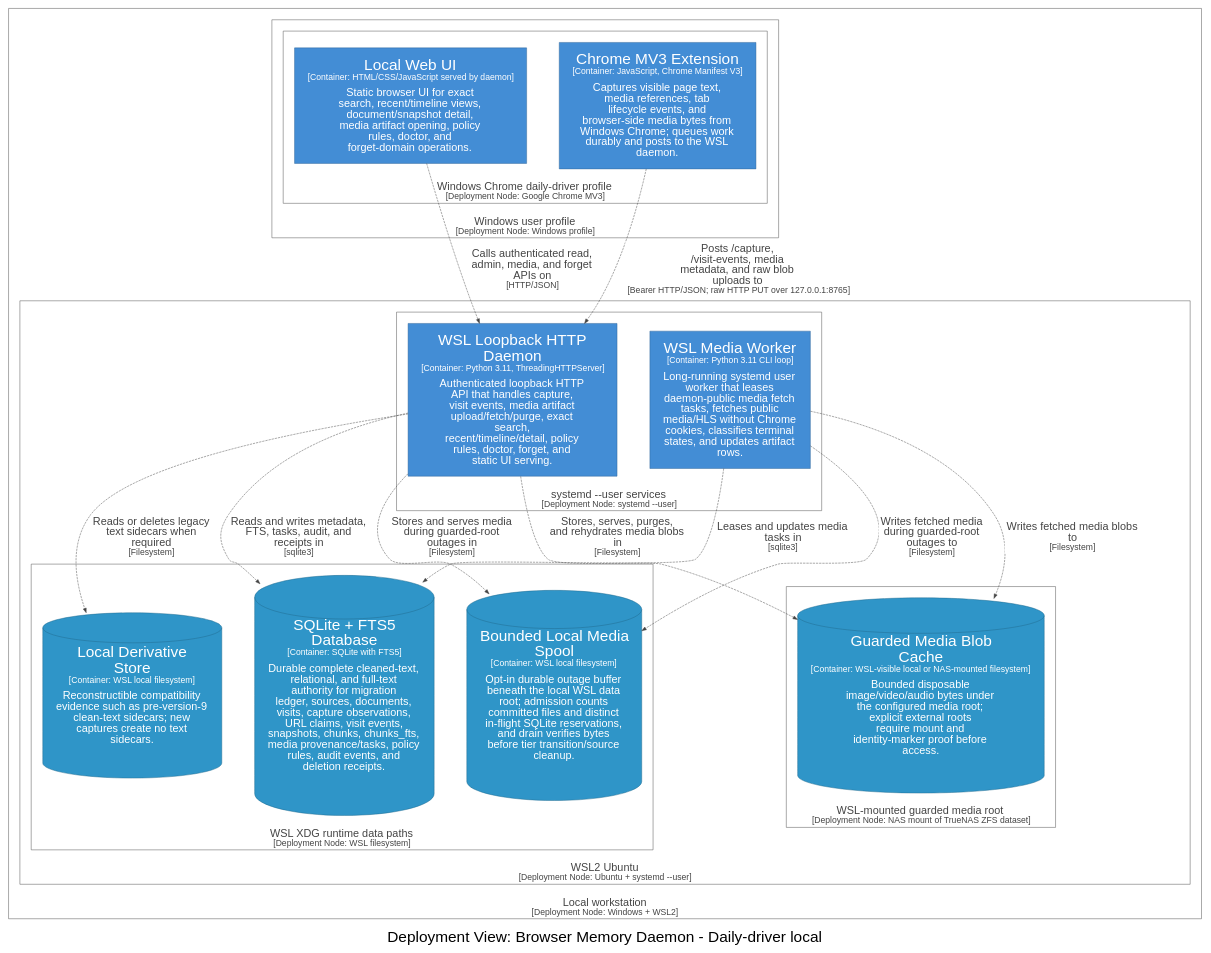
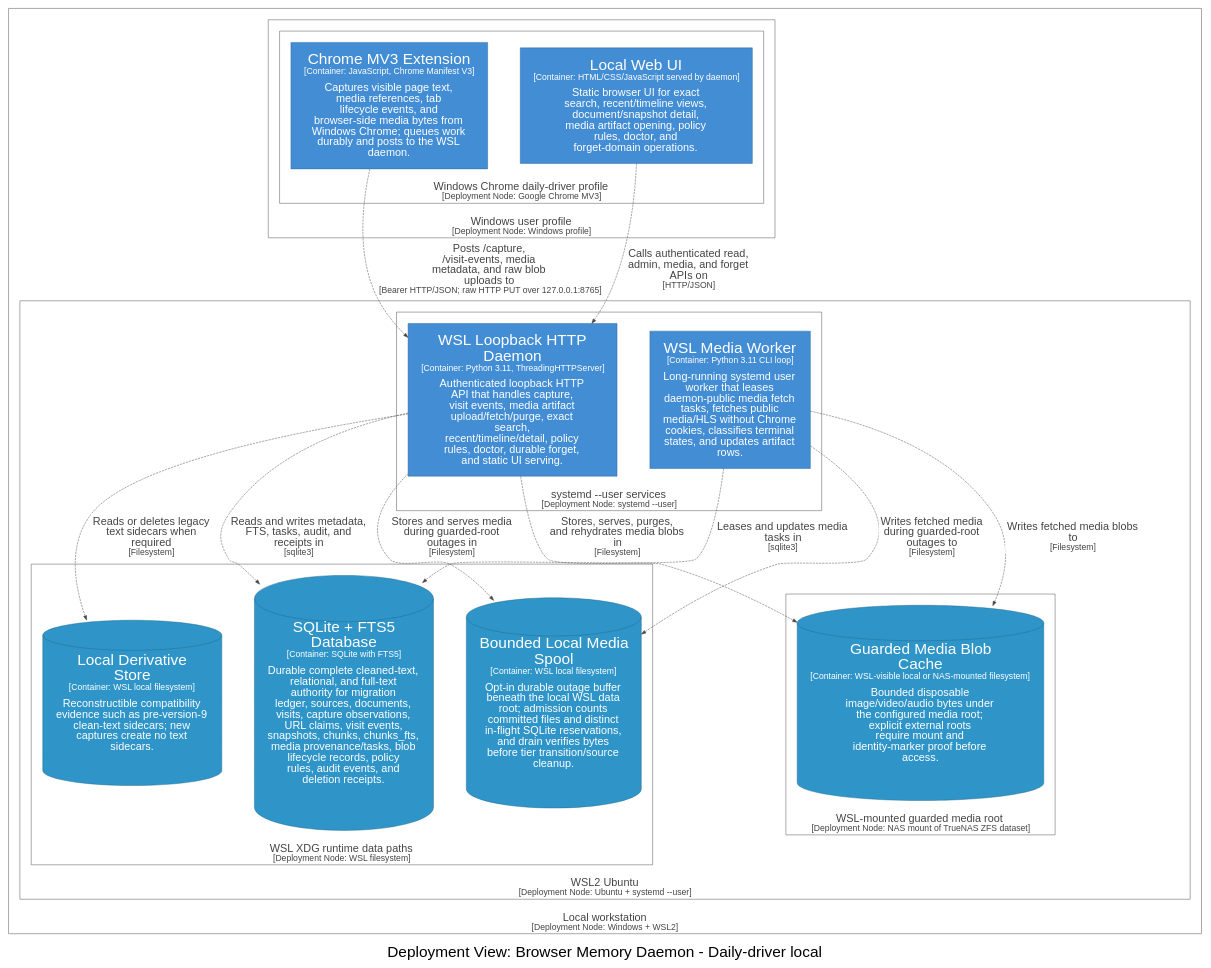
One commit to michaelnicks0/browser-memory-daemon changed the diagram in docs/architecture/diagrams/dot/structurizr-DailyDriverDeployment.dot. Above: the diagram before and after it, drawn with Graphviz. The commit also changed 201 other files, not shown here.

```diff
--- a/docs/architecture/diagrams/dot/structurizr-DailyDriverDeployment.dot
+++ b/docs/architecture/diagrams/dot/structurizr-DailyDriverDeployment.dot
@@ -5,7 +5,7 @@
   edge [fontname="Arial"]
   label=<<br /><font point-size="34">Deployment View: Browser Memory Daemon - Daily-driver local</font>>
 
-  subgraph cluster_94 {
+  subgraph cluster_100 {
     margin=25
     label=<<font point-size="24">Local workstation</font><br /><font point-size="19">[Deployment Node: Windows + WSL2]</font>>
     labelloc=b
@@ -13,7 +13,29 @@
     fontcolor="#444444"
     fillcolor="#ffffff"
 
-    subgraph cluster_102 {
+    subgraph cluster_101 {
+      margin=25
+      label=<<font point-size="24">Windows user profile</font><br /><font point-size="19">[Deployment Node: Windows profile]</font>>
+      labelloc=b
+      color="#444444"
+      fontcolor="#444444"
+      fillcolor="#ffffff"
+
+      subgraph cluster_102 {
+        margin=25
+        label=<<font point-size="24">Windows Chrome daily-driver profile</font><br /><font point-size="19">[Deployment Node: Google Chrome MV3]</font>>
+        labelloc=b
+        color="#444444"
+        fontcolor="#444444"
+        fillcolor="#ffffff"
+
+        103 [id=103,shape=rect, label=<<font point-size="34">Chrome MV3 Extension</font><br /><font point-size="19">[Container: JavaScript, Chrome Manifest V3]</font><br /><br /><font point-size="24">Captures visible page text,<br />media references, tab<br />lifecycle events, and<br />browser-side media bytes from<br />Windows Chrome; queues work<br />durably and posts to the WSL<br />daemon.</font>>, style=filled, color="#2e6295", fillcolor="#438dd5", fontcolor="#ffffff"]
+        106 [id=106,shape=rect, label=<<font point-size="34">Local Web UI</font><br /><font point-size="19">[Container: HTML/CSS/JavaScript served by daemon]</font><br /><br /><font point-size="24">Static browser UI for exact<br />search, recent/timeline views,<br />document/snapshot detail,<br />media artifact opening, policy<br />rules, doctor, and<br />forget-domain operations.</font>>, style=filled, color="#2e6295", fillcolor="#438dd5", fontcolor="#ffffff"]
+      }
+
+    }
+
+    subgraph cluster_108 {
       margin=25
       label=<<font point-size="24">WSL2 Ubuntu</font><br /><font point-size="19">[Deployment Node: Ubuntu + systemd --user]</font>>
       labelloc=b
@@ -21,7 +43,7 @@
       fontcolor="#444444"
       fillcolor="#ffffff"
 
-      subgraph cluster_103 {
+      subgraph cluster_109 {
         margin=25
         label=<<font point-size="24">systemd --user services</font><br /><font point-size="19">[Deployment Node: systemd --user]</font>>
         labelloc=b
@@ -29,11 +51,11 @@
         fontcolor="#444444"
         fillcolor="#ffffff"
 
-        104 [id=104,shape=rect, label=<<font point-size="34">WSL Loopback HTTP<br />Daemon</font><br /><font point-size="19">[Container: Python 3.11, ThreadingHTTPServer]</font><br /><br /><font point-size="24">Authenticated loopback HTTP<br />API that handles capture,<br />visit events, media artifact<br />upload/fetch/purge, exact<br />search,<br />recent/timeline/detail, policy<br />rules, doctor, forget, and<br />static UI serving.</font>>, style=filled, color="#2e6295", fillcolor="#438dd5", fontcolor="#ffffff"]
-        107 [id=107,shape=rect, label=<<font point-size="34">WSL Media Worker</font><br /><font point-size="19">[Container: Python 3.11 CLI loop]</font><br /><br /><font point-size="24">Long-running systemd user<br />worker that leases<br />daemon-public media fetch<br />tasks, fetches public<br />media/HLS without Chrome<br />cookies, classifies terminal<br />states, and updates artifact<br />rows.</font>>, style=filled, color="#2e6295", fillcolor="#438dd5", fontcolor="#ffffff"]
+        110 [id=110,shape=rect, label=<<font point-size="34">WSL Loopback HTTP<br />Daemon</font><br /><font point-size="19">[Container: Python 3.11, ThreadingHTTPServer]</font><br /><br /><font point-size="24">Authenticated loopback HTTP<br />API that handles capture,<br />visit events, media artifact<br />upload/fetch/purge, exact<br />search,<br />recent/timeline/detail, policy<br />rules, doctor, durable forget,<br />and static UI serving.</font>>, style=filled, color="#2e6295", fillcolor="#438dd5", fontcolor="#ffffff"]
+        113 [id=113,shape=rect, label=<<font point-size="34">WSL Media Worker</font><br /><font point-size="19">[Container: Python 3.11 CLI loop]</font><br /><br /><font point-size="24">Long-running systemd user<br />worker that leases<br />daemon-public media fetch<br />tasks, fetches public<br />media/HLS without Chrome<br />cookies, classifies terminal<br />states, and updates artifact<br />rows.</font>>, style=filled, color="#2e6295", fillcolor="#438dd5", fontcolor="#ffffff"]
       }
 
-      subgraph cluster_108 {
+      subgraph cluster_114 {
         margin=25
         label=<<font point-size="24">WSL shell</font><br /><font point-size="19">[Deployment Node: Bash + Python]</font>>
         labelloc=b
@@ -43,7 +65,7 @@
 
       }
 
-      subgraph cluster_111 {
+      subgraph cluster_117 {
         margin=25
         label=<<font point-size="24">WSL XDG runtime data paths</font><br /><font point-size="19">[Deployment Node: WSL filesystem]</font>>
         labelloc=b
@@ -51,12 +73,12 @@
         fontcolor="#444444"
         fillcolor="#ffffff"
 
-        112 [id=112,shape=cylinder, label=<<font point-size="34">SQLite + FTS5<br />Database</font><br /><font point-size="19">[Container: SQLite with FTS5]</font><br /><br /><font point-size="24">Durable complete cleaned-text,<br />relational, and full-text<br />authority for migration<br />ledger, sources, documents,<br />visits, capture observations,<br />URL claims, visit events,<br />snapshots, chunks, chunks_fts,<br />media provenance/tasks, policy<br />rules, audit events, and<br />deletion receipts.</font>>, style=filled, color="#20688c", fillcolor="#2f95c8", fontcolor="#ffffff"]
-        116 [id=116,shape=cylinder, label=<<font point-size="34">Local Derivative<br />Store</font><br /><font point-size="19">[Container: WSL local filesystem]</font><br /><br /><font point-size="24">Reconstructible compatibility<br />evidence such as pre-version-9<br />clean-text sidecars; new<br />captures create no text<br />sidecars.</font>>, style=filled, color="#20688c", fillcolor="#2f95c8", fontcolor="#ffffff"]
-        118 [id=118,shape=cylinder, label=<<font point-size="34">Bounded Local Media<br />Spool</font><br /><font point-size="19">[Container: WSL local filesystem]</font><br /><br /><font point-size="24">Opt-in durable outage buffer<br />beneath the local WSL data<br />root; admission counts<br />committed files and distinct<br />in-flight SQLite reservations,<br />and drain verifies bytes<br />before tier transition/source<br />cleanup.</font>>, style=filled, color="#20688c", fillcolor="#2f95c8", fontcolor="#ffffff"]
+        118 [id=118,shape=cylinder, label=<<font point-size="34">SQLite + FTS5<br />Database</font><br /><font point-size="19">[Container: SQLite with FTS5]</font><br /><br /><font point-size="24">Durable complete cleaned-text,<br />relational, and full-text<br />authority for migration<br />ledger, sources, documents,<br />visits, capture observations,<br />URL claims, visit events,<br />snapshots, chunks, chunks_fts,<br />media provenance/tasks, blob<br />lifecycle records, policy<br />rules, audit events, and<br />deletion receipts.</font>>, style=filled, color="#20688c", fillcolor="#2f95c8", fontcolor="#ffffff"]
+        122 [id=122,shape=cylinder, label=<<font point-size="34">Local Derivative<br />Store</font><br /><font point-size="19">[Container: WSL local filesystem]</font><br /><br /><font point-size="24">Reconstructible compatibility<br />evidence such as pre-version-9<br />clean-text sidecars; new<br />captures create no text<br />sidecars.</font>>, style=filled, color="#20688c", fillcolor="#2f95c8", fontcolor="#ffffff"]
+        124 [id=124,shape=cylinder, label=<<font point-size="34">Bounded Local Media<br />Spool</font><br /><font point-size="19">[Container: WSL local filesystem]</font><br /><br /><font point-size="24">Opt-in durable outage buffer<br />beneath the local WSL data<br />root; admission counts<br />committed files and distinct<br />in-flight SQLite reservations,<br />and drain verifies bytes<br />before tier transition/source<br />cleanup.</font>>, style=filled, color="#20688c", fillcolor="#2f95c8", fontcolor="#ffffff"]
       }
 
-      subgraph cluster_123 {
+      subgraph cluster_129 {
         margin=25
         label=<<font point-size="24">WSL-mounted guarded media root</font><br /><font point-size="19">[Deployment Node: NAS mount of TrueNAS ZFS dataset]</font>>
         labelloc=b
@@ -64,43 +86,21 @@
         fontcolor="#444444"
         fillcolor="#ffffff"
 
-        124 [id=124,shape=cylinder, label=<<font point-size="34">Guarded Media Blob<br />Cache</font><br /><font point-size="19">[Container: WSL-visible local or NAS-mounted filesystem]</font><br /><br /><font point-size="24">Bounded disposable<br />image/video/audio bytes under<br />the configured media root;<br />explicit external roots<br />require mount and<br />identity-marker proof before<br />access.</font>>, style=filled, color="#20688c", fillcolor="#2f95c8", fontcolor="#ffffff"]
-      }
-
-    }
-
-    subgraph cluster_95 {
-      margin=25
-      label=<<font point-size="24">Windows user profile</font><br /><font point-size="19">[Deployment Node: Windows profile]</font>>
-      labelloc=b
-      color="#444444"
-      fontcolor="#444444"
-      fillcolor="#ffffff"
-
-      subgraph cluster_96 {
-        margin=25
-        label=<<font point-size="24">Windows Chrome daily-driver profile</font><br /><font point-size="19">[Deployment Node: Google Chrome MV3]</font>>
-        labelloc=b
-        color="#444444"
-        fontcolor="#444444"
-        fillcolor="#ffffff"
-
-        100 [id=100,shape=rect, label=<<font point-size="34">Local Web UI</font><br /><font point-size="19">[Container: HTML/CSS/JavaScript served by daemon]</font><br /><br /><font point-size="24">Static browser UI for exact<br />search, recent/timeline views,<br />document/snapshot detail,<br />media artifact opening, policy<br />rules, doctor, and<br />forget-domain operations.</font>>, style=filled, color="#2e6295", fillcolor="#438dd5", fontcolor="#ffffff"]
-        97 [id=97,shape=rect, label=<<font point-size="34">Chrome MV3 Extension</font><br /><font point-size="19">[Container: JavaScript, Chrome Manifest V3]</font><br /><br /><font point-size="24">Captures visible page text,<br />media references, tab<br />lifecycle events, and<br />browser-side media bytes from<br />Windows Chrome; queues work<br />durably and posts to the WSL<br />daemon.</font>>, style=filled, color="#2e6295", fillcolor="#438dd5", fontcolor="#ffffff"]
+        130 [id=130,shape=cylinder, label=<<font point-size="34">Guarded Media Blob<br />Cache</font><br /><font point-size="19">[Container: WSL-visible local or NAS-mounted filesystem]</font><br /><br /><font point-size="24">Bounded disposable<br />image/video/audio bytes under<br />the configured media root;<br />explicit external roots<br />require mount and<br />identity-marker proof before<br />access.</font>>, style=filled, color="#20688c", fillcolor="#2f95c8", fontcolor="#ffffff"]
       }
 
     }
 
   }
 
-  97 -> 104 [id=105, label=<<TABLE BORDER="0" CELLBORDER="0" CELLSPACING="0" CELLPADDING="4" BGCOLOR="white"><TR><TD><font point-size="24">Posts /capture,<br />/visit-events, media<br />metadata, and raw blob<br />uploads to</font><br /><font point-size="19">[Bearer HTTP/JSON; raw HTTP PUT over 127.0.0.1:8765]</font></TD></TR></TABLE>>, style="dashed", color="#444444", fontcolor="#444444"]
-  100 -> 104 [id=106, label=<<TABLE BORDER="0" CELLBORDER="0" CELLSPACING="0" CELLPADDING="4" BGCOLOR="white"><TR><TD><font point-size="24">Calls authenticated read,<br />admin, media, and forget<br />APIs on</font><br /><font point-size="19">[HTTP/JSON]</font></TD></TR></TABLE>>, style="dashed", color="#444444", fontcolor="#444444"]
-  104 -> 112 [id=113, label=<<TABLE BORDER="0" CELLBORDER="0" CELLSPACING="0" CELLPADDING="4" BGCOLOR="white"><TR><TD><font point-size="24">Reads and writes metadata,<br />FTS, tasks, audit, and<br />receipts in</font><br /><font point-size="19">[sqlite3]</font></TD></TR></TABLE>>, style="dashed", color="#444444", fontcolor="#444444"]
-  107 -> 112 [id=114, label=<<TABLE BORDER="0" CELLBORDER="0" CELLSPACING="0" CELLPADDING="4" BGCOLOR="white"><TR><TD><font point-size="24">Leases and updates media<br />tasks in</font><br /><font point-size="19">[sqlite3]</font></TD></TR></TABLE>>, style="dashed", color="#444444", fontcolor="#444444"]
-  104 -> 116 [id=117, label=<<TABLE BORDER="0" CELLBORDER="0" CELLSPACING="0" CELLPADDING="4" BGCOLOR="white"><TR><TD><font point-size="24">Reads or deletes legacy<br />text sidecars when<br />required</font><br /><font point-size="19">[Filesystem]</font></TD></TR></TABLE>>, style="dashed", color="#444444", fontcolor="#444444"]
-  104 -> 118 [id=119, label=<<TABLE BORDER="0" CELLBORDER="0" CELLSPACING="0" CELLPADDING="4" BGCOLOR="white"><TR><TD><font point-size="24">Stores and serves media<br />during guarded-root<br />outages in</font><br /><font point-size="19">[Filesystem]</font></TD></TR></TABLE>>, style="dashed", color="#444444", fontcolor="#444444"]
-  107 -> 118 [id=120, label=<<TABLE BORDER="0" CELLBORDER="0" CELLSPACING="0" CELLPADDING="4" BGCOLOR="white"><TR><TD><font point-size="24">Writes fetched media<br />during guarded-root<br />outages to</font><br /><font point-size="19">[Filesystem]</font></TD></TR></TABLE>>, style="dashed", color="#444444", fontcolor="#444444"]
-  104 -> 124 [id=125, label=<<TABLE BORDER="0" CELLBORDER="0" CELLSPACING="0" CELLPADDING="4" BGCOLOR="white"><TR><TD><font point-size="24">Stores, serves, purges,<br />and rehydrates media blobs<br />in</font><br /><font point-size="19">[Filesystem]</font></TD></TR></TABLE>>, style="dashed", color="#444444", fontcolor="#444444"]
-  107 -> 124 [id=126, label=<<TABLE BORDER="0" CELLBORDER="0" CELLSPACING="0" CELLPADDING="4" BGCOLOR="white"><TR><TD><font point-size="24">Writes fetched media blobs<br />to</font><br /><font point-size="19">[Filesystem]</font></TD></TR></TABLE>>, style="dashed", color="#444444", fontcolor="#444444"]
+  103 -> 110 [id=111, label=<<TABLE BORDER="0" CELLBORDER="0" CELLSPACING="0" CELLPADDING="4" BGCOLOR="white"><TR><TD><font point-size="24">Posts /capture,<br />/visit-events, media<br />metadata, and raw blob<br />uploads to</font><br /><font point-size="19">[Bearer HTTP/JSON; raw HTTP PUT over 127.0.0.1:8765]</font></TD></TR></TABLE>>, style="dashed", color="#444444", fontcolor="#444444"]
+  106 -> 110 [id=112, label=<<TABLE BORDER="0" CELLBORDER="0" CELLSPACING="0" CELLPADDING="4" BGCOLOR="white"><TR><TD><font point-size="24">Calls authenticated read,<br />admin, media, and forget<br />APIs on</font><br /><font point-size="19">[HTTP/JSON]</font></TD></TR></TABLE>>, style="dashed", color="#444444", fontcolor="#444444"]
+  110 -> 118 [id=119, label=<<TABLE BORDER="0" CELLBORDER="0" CELLSPACING="0" CELLPADDING="4" BGCOLOR="white"><TR><TD><font point-size="24">Reads and writes metadata,<br />FTS, tasks, audit, and<br />receipts in</font><br /><font point-size="19">[sqlite3]</font></TD></TR></TABLE>>, style="dashed", color="#444444", fontcolor="#444444"]
+  113 -> 118 [id=120, label=<<TABLE BORDER="0" CELLBORDER="0" CELLSPACING="0" CELLPADDING="4" BGCOLOR="white"><TR><TD><font point-size="24">Leases and updates media<br />tasks in</font><br /><font point-size="19">[sqlite3]</font></TD></TR></TABLE>>, style="dashed", color="#444444", fontcolor="#444444"]
+  110 -> 122 [id=123, label=<<TABLE BORDER="0" CELLBORDER="0" CELLSPACING="0" CELLPADDING="4" BGCOLOR="white"><TR><TD><font point-size="24">Reads or deletes legacy<br />text sidecars when<br />required</font><br /><font point-size="19">[Filesystem]</font></TD></TR></TABLE>>, style="dashed", color="#444444", fontcolor="#444444"]
+  110 -> 124 [id=125, label=<<TABLE BORDER="0" CELLBORDER="0" CELLSPACING="0" CELLPADDING="4" BGCOLOR="white"><TR><TD><font point-size="24">Stores and serves media<br />during guarded-root<br />outages in</font><br /><font point-size="19">[Filesystem]</font></TD></TR></TABLE>>, style="dashed", color="#444444", fontcolor="#444444"]
+  113 -> 124 [id=126, label=<<TABLE BORDER="0" CELLBORDER="0" CELLSPACING="0" CELLPADDING="4" BGCOLOR="white"><TR><TD><font point-size="24">Writes fetched media<br />during guarded-root<br />outages to</font><br /><font point-size="19">[Filesystem]</font></TD></TR></TABLE>>, style="dashed", color="#444444", fontcolor="#444444"]
+  110 -> 130 [id=131, label=<<TABLE BORDER="0" CELLBORDER="0" CELLSPACING="0" CELLPADDING="4" BGCOLOR="white"><TR><TD><font point-size="24">Stores, serves, purges,<br />and rehydrates media blobs<br />in</font><br /><font point-size="19">[Filesystem]</font></TD></TR></TABLE>>, style="dashed", color="#444444", fontcolor="#444444"]
+  113 -> 130 [id=132, label=<<TABLE BORDER="0" CELLBORDER="0" CELLSPACING="0" CELLPADDING="4" BGCOLOR="white"><TR><TD><font point-size="24">Writes fetched media blobs<br />to</font><br /><font point-size="19">[Filesystem]</font></TD></TR></TABLE>>, style="dashed", color="#444444", fontcolor="#444444"]
 
 }
```
